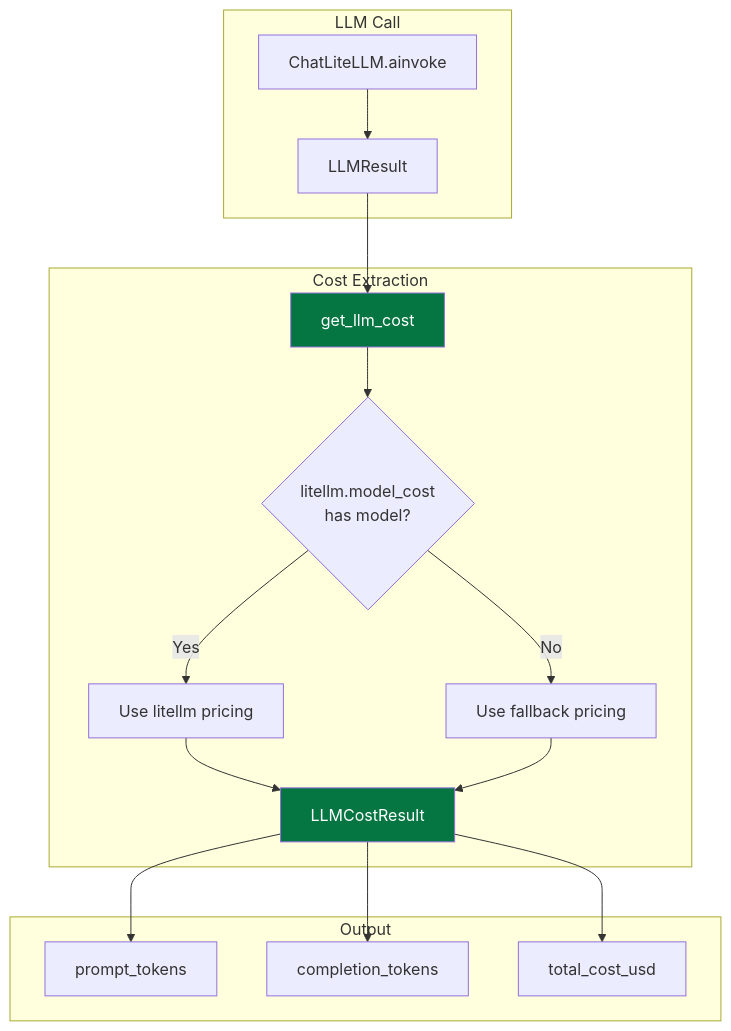
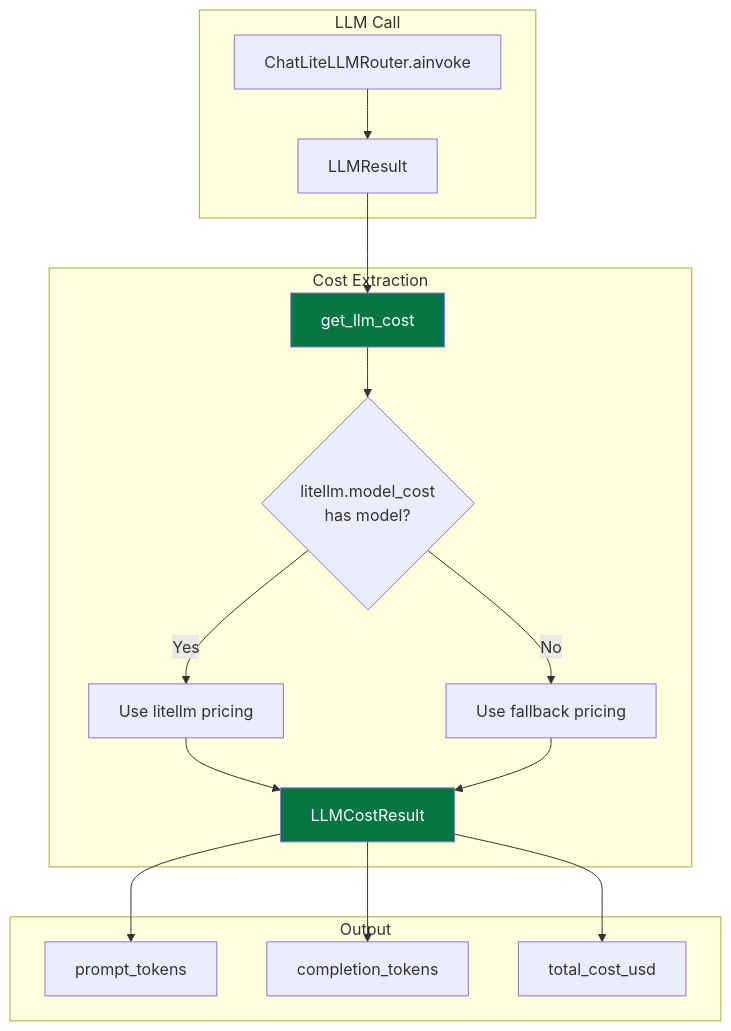
Before and after one commit to himanshu231204/linkedin-ai-comment-copilot: the third of 5 diagrams in doc/MODEL_AND_LLM_INTEGRATION.md, drawn with Mermaid. The commit also changed other lines of this file and 4 other files, not shown here.

First line of the commit message:
docs: update all documentation to reflect ChatLiteLLMRouter, Groq primary, and Render deployment

````diff
--- a/doc/MODEL_AND_LLM_INTEGRATION.md
+++ b/doc/MODEL_AND_LLM_INTEGRATION.md
@@ -197,24 +294,24 @@
 ```mermaid
 flowchart TD
     subgraph "LLM Call"
-        A[ChatLiteLLM.ainvoke] --> B[LLMResult]
+        A[ChatLiteLLMRouter.ainvoke] --> B[LLMResult]
     end
 
     subgraph "Cost Extraction"
         B --> C[get_llm_cost]
         C --> D{litellm.model_cost<br/>has model?}
         D -->|Yes| E[Use litellm pricing]
         D -->|No| F[Use fallback pricing]
         E --> G[LLMCostResult]
         F --> G
     end
 
     subgraph "Output"
         G --> H[prompt_tokens]
         G --> I[completion_tokens]
         G --> J[total_cost_usd]
     end
 
     style C fill:#057642,color:#fff
     style G fill:#057642,color:#fff
 ```
````
